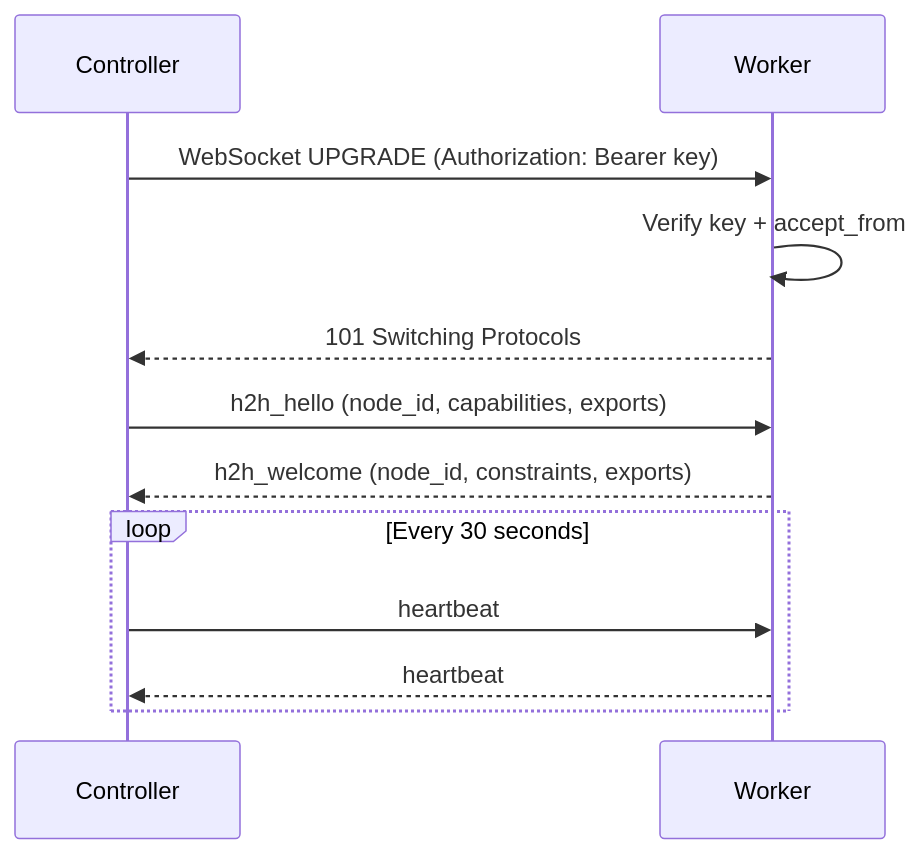
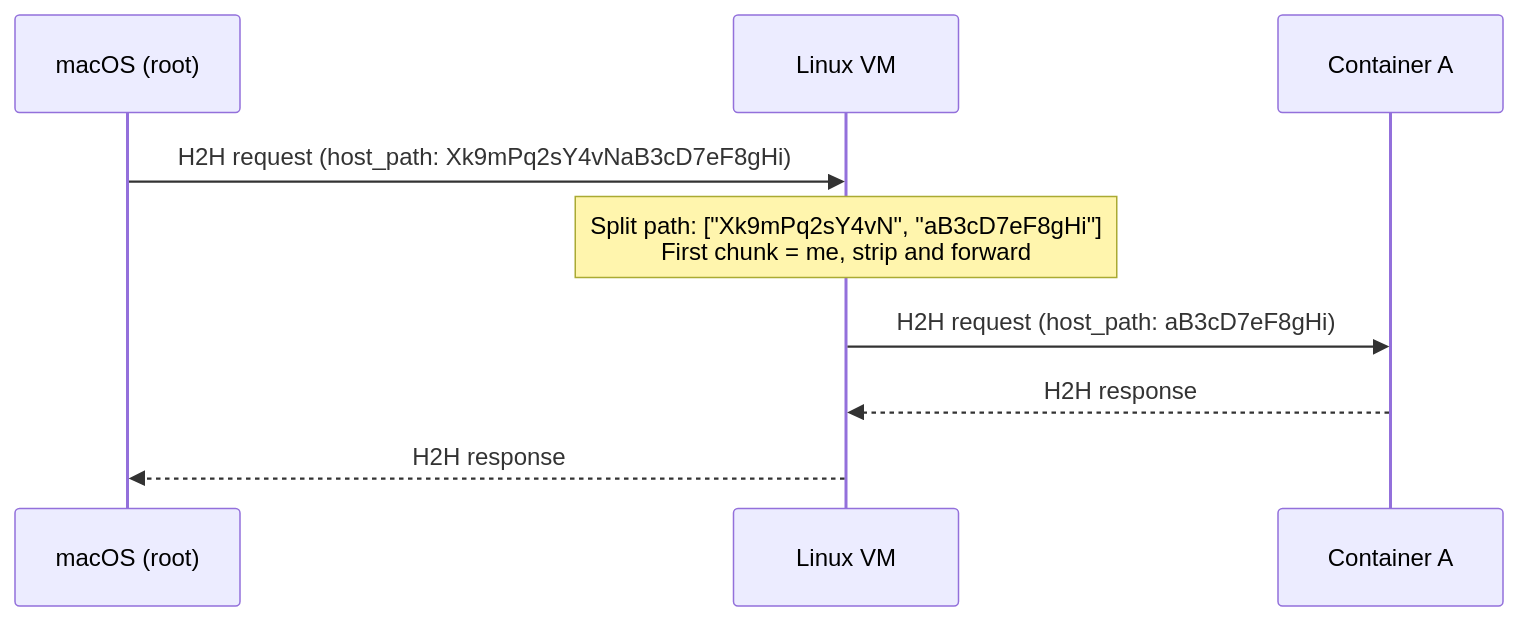
Before and after one commit to openhort/openhort: the fifth of 19 diagrams in docs/manual/internals/protocols/h2h-protocol.md, drawn with Mermaid. The commit also changed other lines of this file and 7 other files, not shown here.

````diff
--- a/docs/manual/internals/protocols/h2h-protocol.md
+++ b/docs/manual/internals/protocols/h2h-protocol.md
@@ -90,14 +258,12 @@
 ```mermaid
 sequenceDiagram
-    participant C as Controller
-    participant W as Worker
-    C->>W: WebSocket UPGRADE (Authorization: Bearer key)
-    W->>W: Verify key + accept_from
-    W-->>C: 101 Switching Protocols
-    C->>W: h2h_hello (node_id, capabilities, exports)
-    W-->>C: h2h_welcome (node_id, constraints, exports)
-    loop Every 30 seconds
-        C->>W: heartbeat
-        W-->>C: heartbeat
-    end
+    participant Mac as macOS (root)
+    participant VM as Linux VM
+    participant C as Container A
+    
+    Mac->>VM: H2H request (host_path: Xk9mPq2sY4vNaB3cD7eF8gHi)
+    Note over VM: Split path: ["Xk9mPq2sY4vN", "aB3cD7eF8gHi"]<br/>First chunk = me, strip and forward
+    VM->>C: H2H request (host_path: aB3cD7eF8gHi)
+    C-->>VM: H2H response
+    VM-->>Mac: H2H response
 ```
````
